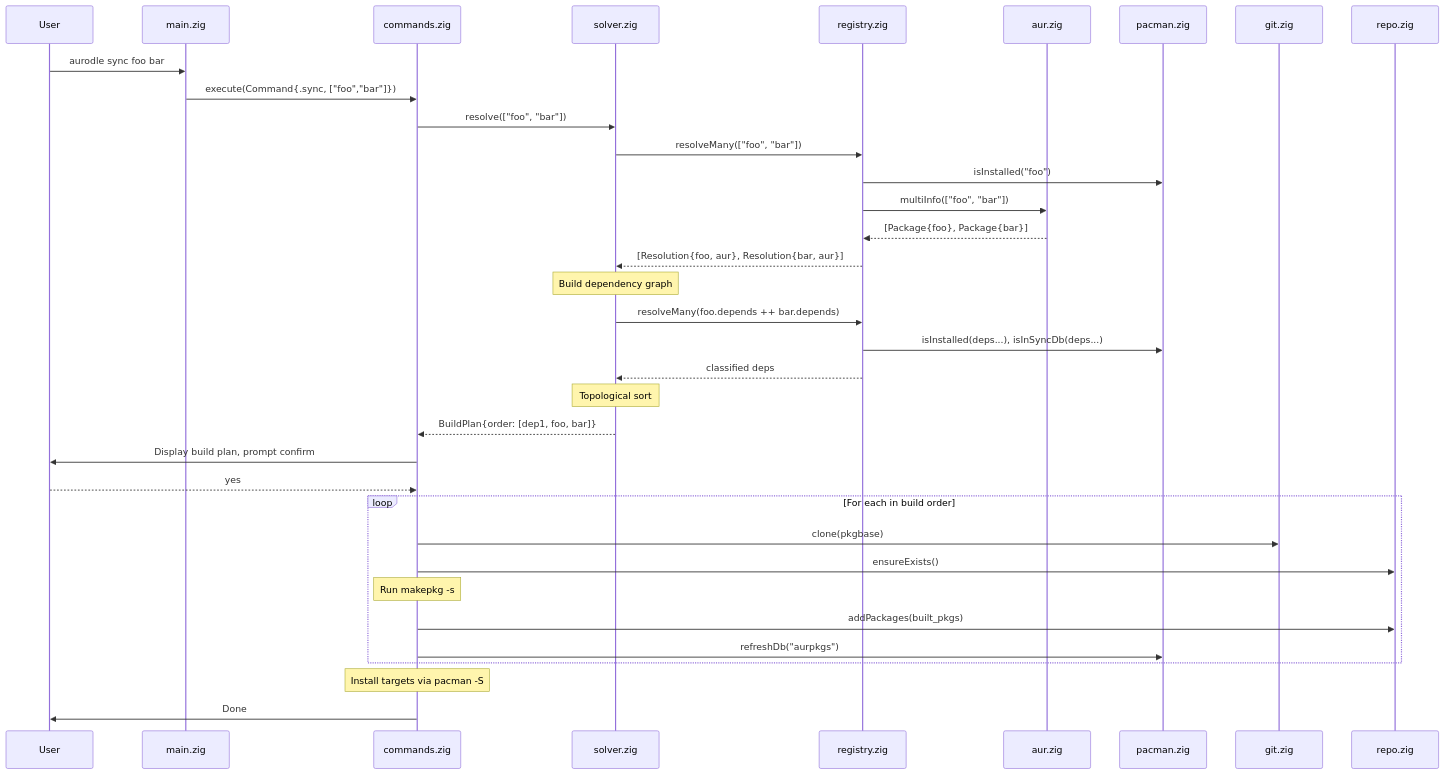
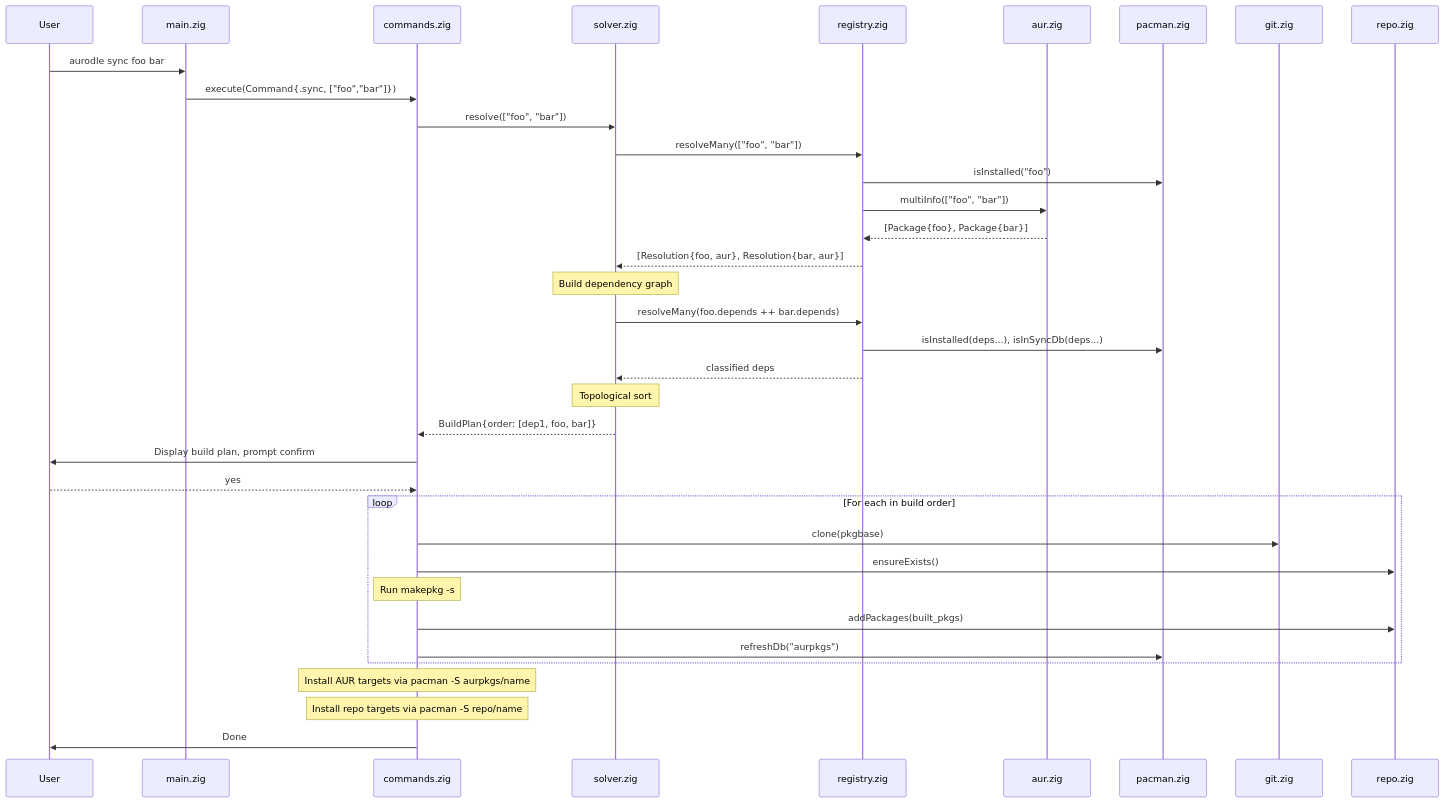
The second of 3 diagrams in docs/architecture/aurodle-aur-helper.md (rmarquis/aurodle), drawn with Mermaid before and after one commit. The commit also changed other lines of this file and 5 other files, not shown here.

First line of the commit message:
:memo: update docs and specs for repo_targets classification

````diff
--- a/docs/architecture/aurodle-aur-helper.md
+++ b/docs/architecture/aurodle-aur-helper.md
@@ -532,38 +534,39 @@
 ```mermaid
 sequenceDiagram
     participant U as User
     participant M as main.zig
     participant C as commands.zig
     participant S as solver.zig
     participant R as registry.zig
     participant A as aur.zig
     participant P as pacman.zig
     participant G as git.zig
     participant RE as repo.zig
 
     U->>M: aurodle sync foo bar
     M->>C: execute(Command{.sync, ["foo","bar"]})
     C->>S: resolve(["foo", "bar"])
     S->>R: resolveMany(["foo", "bar"])
     R->>P: isInstalled("foo")
     R->>A: multiInfo(["foo", "bar"])
     A-->>R: [Package{foo}, Package{bar}]
     R-->>S: [Resolution{foo, aur}, Resolution{bar, aur}]
     Note over S: Build dependency graph
     S->>R: resolveMany(foo.depends ++ bar.depends)
     R->>P: isInstalled(deps...), isInSyncDb(deps...)
     R-->>S: classified deps
     Note over S: Topological sort
     S-->>C: BuildPlan{order: [dep1, foo, bar]}
     C->>U: Display build plan, prompt confirm
     U-->>C: yes
     loop For each in build order
         C->>G: clone(pkgbase)
         C->>RE: ensureExists()
         Note over C: Run makepkg -s
         C->>RE: addPackages(built_pkgs)
         C->>P: refreshDb("aurpkgs")
     end
-    Note over C: Install targets via pacman -S
+    Note over C: Install AUR targets via pacman -S aurpkgs/name
+    Note over C: Install repo targets via pacman -S repo/name
     C->>U: Done
 ```
````
